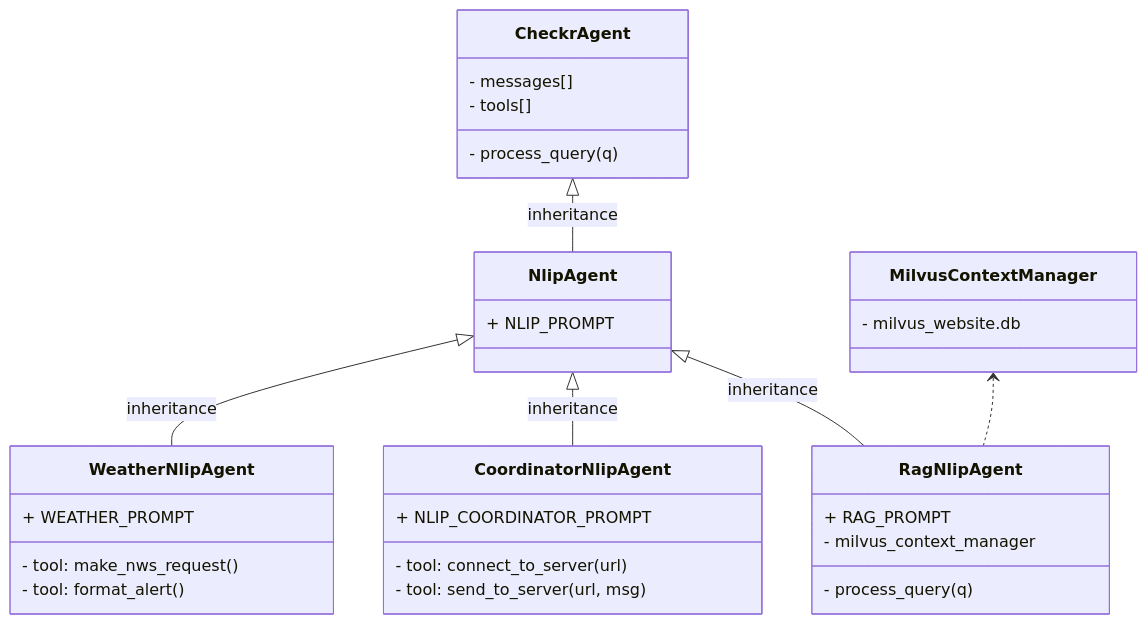
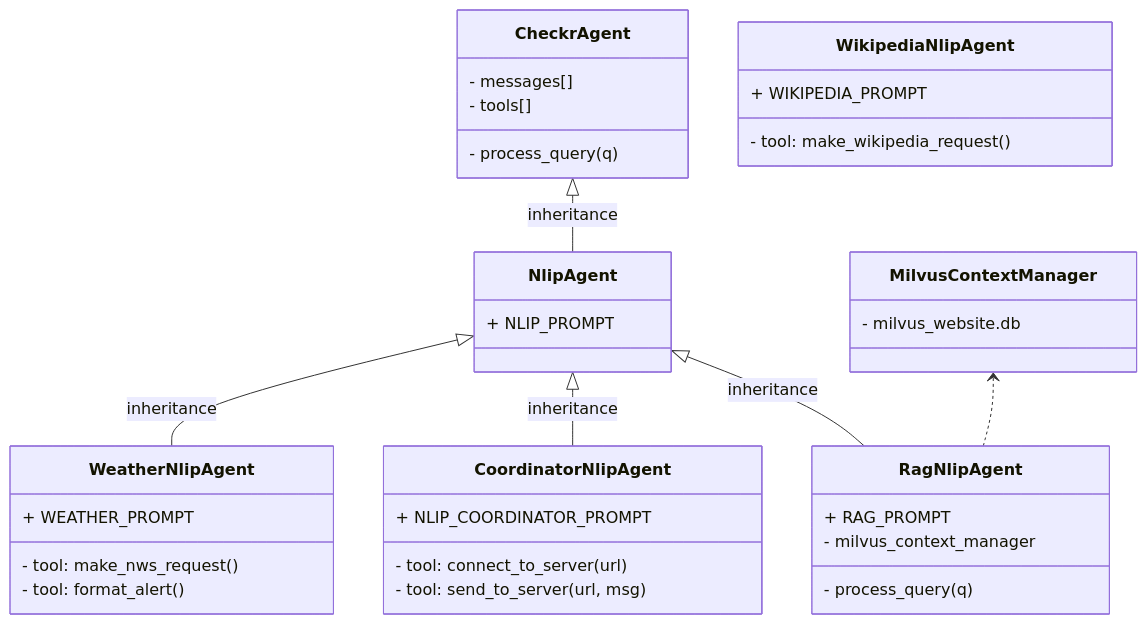
One commit to sheffler/checkr-agents changed the diagram in checkr_agents/agents/README.md. Above: the diagram before and after it, drawn with Mermaid. The commit also changed other lines of this file, not shown here.

````diff
--- a/checkr_agents/agents/README.md
+++ b/checkr_agents/agents/README.md
@@ -3,43 +18,48 @@
 ``` mermaid
 
 classDiagram
 direction TB
     class CheckrAgent {
 	    - messages[]
 	    - tools[]
 	    - process_query(q)
     }
 
     class NlipAgent {
 	    + NLIP_PROMPT
     }
 
     class WeatherNlipAgent {
 	    + WEATHER_PROMPT
 	    - tool: make_nws_request()
 	    - tool: format_alert()
+    }
+
+    class WikipediaNlipAgent {
+	    + WIKIPEDIA_PROMPT
+	    - tool: make_wikipedia_request()
     }
 
     class CoordinatorNlipAgent {
 	    + NLIP_COORDINATOR_PROMPT
 	    - tool: connect_to_server(url)
 	    - tool: send_to_server(url, msg)
     }
 
     class RagNlipAgent {
 	    + RAG_PROMPT
 	    - milvus_context_manager
 	    - process_query(q)
     }
 
     class MilvusContextManager {
 	    - milvus_website.db
     }
 
     CheckrAgent <|-- NlipAgent : inheritance
     NlipAgent <|-- WeatherNlipAgent : inheritance
     NlipAgent <|-- CoordinatorNlipAgent : inheritance
     NlipAgent <|-- RagNlipAgent : inheritance
     MilvusContextManager <.. RagNlipAgent
 
 ```
````
